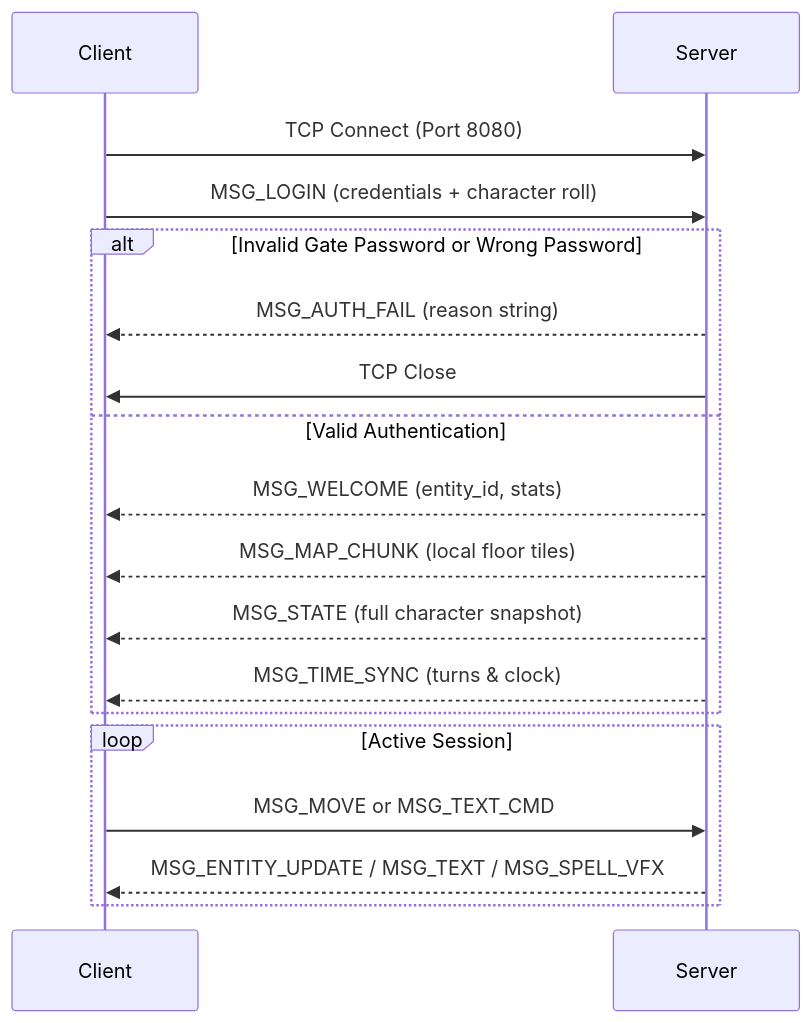
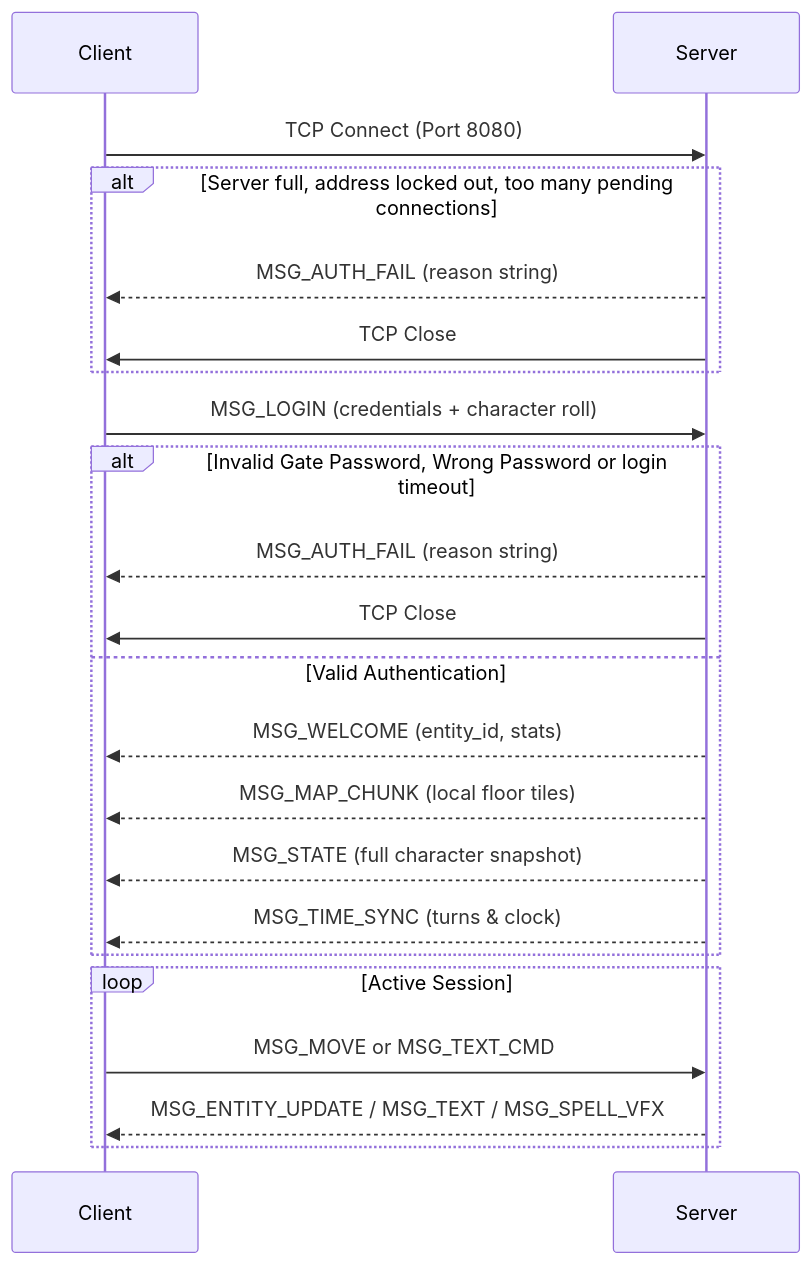
Before and after one commit to nicolataibi/dragongl: the diagram in PROTOCOL.md, drawn with Mermaid. The commit also changed other lines of this file and 23 other files, not shown here.

````diff
--- a/PROTOCOL.md
+++ b/PROTOCOL.md
@@ -112,22 +112,26 @@
 ```mermaid
 sequenceDiagram
     participant Client
     participant Server
 
     Client->>Server: TCP Connect (Port 8080)
+    alt Server full, address locked out, too many pending connections
+        Server-->>Client: MSG_AUTH_FAIL (reason string)
+        Server->>Client: TCP Close
+    end
     Client->>Server: MSG_LOGIN (credentials + character roll)
-    alt Invalid Gate Password or Wrong Password
+    alt Invalid Gate Password, Wrong Password or login timeout
         Server-->>Client: MSG_AUTH_FAIL (reason string)
         Server->>Client: TCP Close
     else Valid Authentication
         Server-->>Client: MSG_WELCOME (entity_id, stats)
         Server-->>Client: MSG_MAP_CHUNK (local floor tiles)
         Server-->>Client: MSG_STATE (full character snapshot)
         Server-->>Client: MSG_TIME_SYNC (turns & clock)
     end
 
     loop Active Session
         Client->>Server: MSG_MOVE or MSG_TEXT_CMD
         Server-->>Client: MSG_ENTITY_UPDATE / MSG_TEXT / MSG_SPELL_VFX
     end
 ```
````
